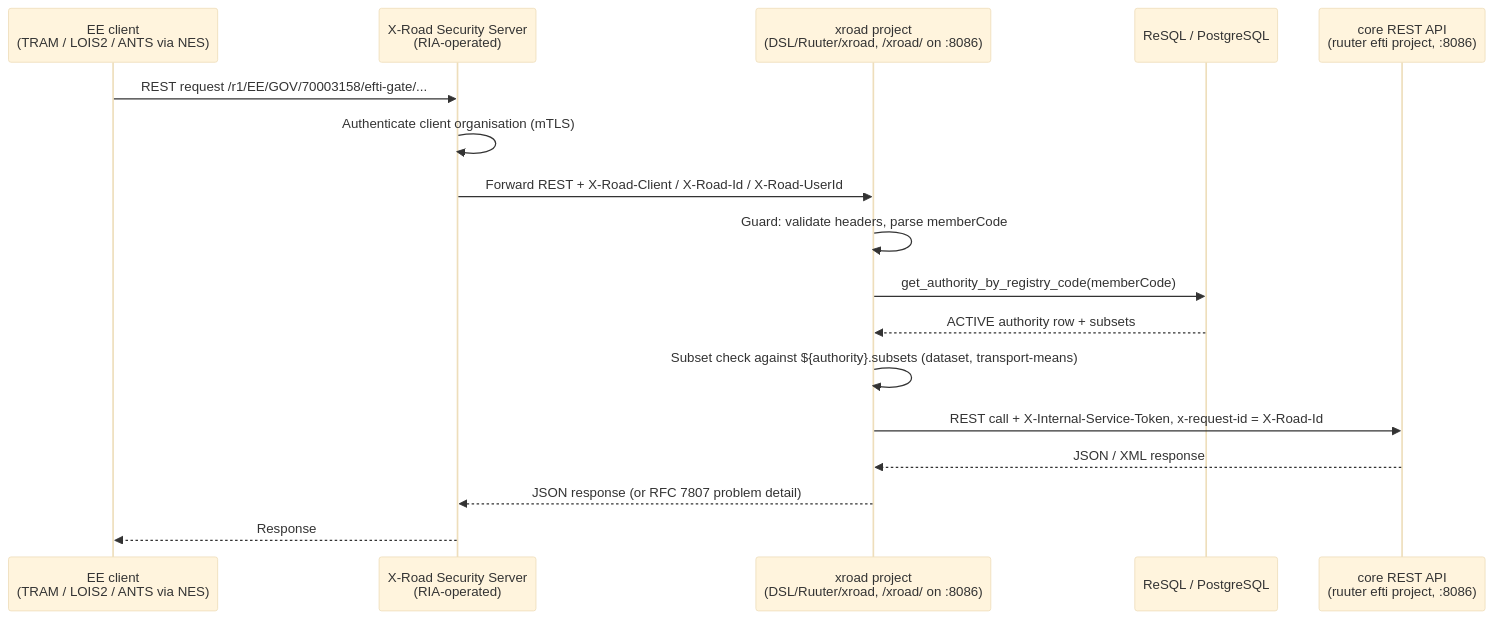
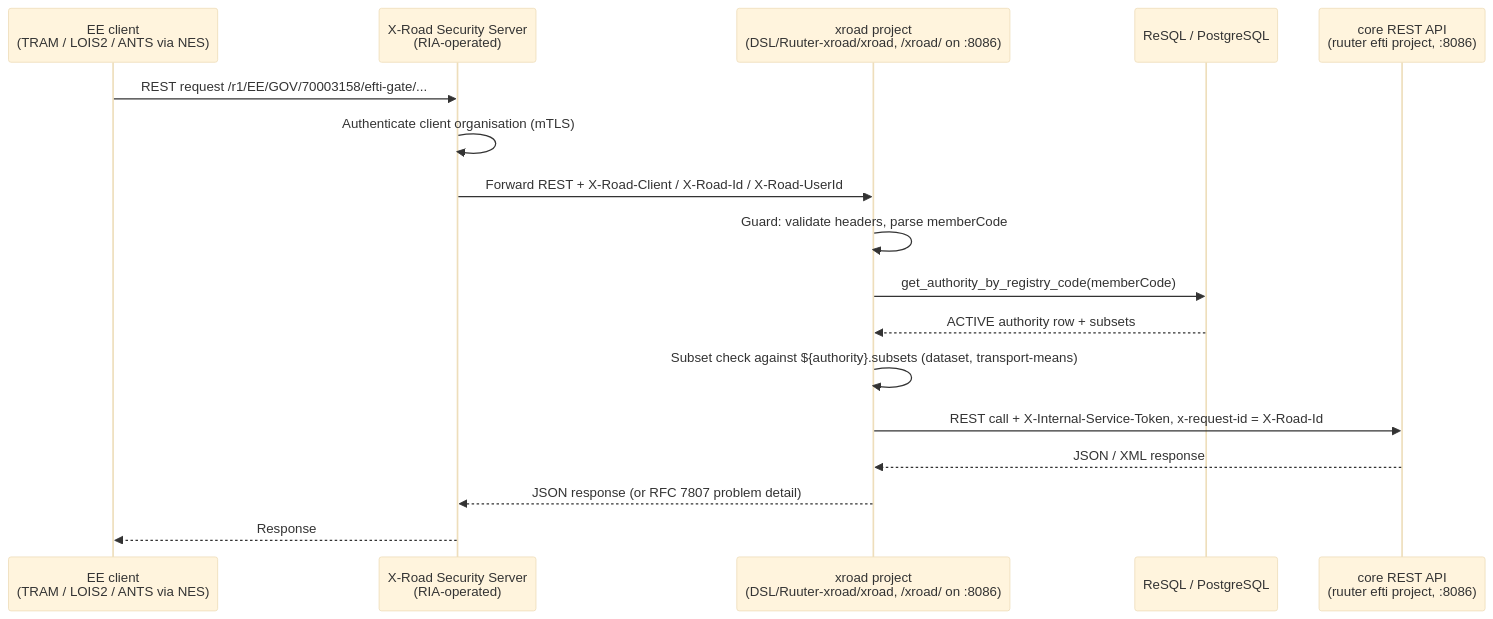
Before and after one commit to kemit-ee/efti-gate-ee: the diagram in docs/architecture/integrations/x_road_integration.md, drawn with Mermaid (base theme). The commit also changed other lines of this file and 45 other files, not shown here.

First line of the commit message:
refactor(xroad): move the X-Road adapter to its own Ruuter (ruuter-xroad, port 8087) and serve its OpenAPI description

````diff
--- a/docs/architecture/integrations/x_road_integration.md
+++ b/docs/architecture/integrations/x_road_integration.md
@@ -22,19 +27,19 @@
 ```mermaid
 sequenceDiagram
     participant Client as EE client<br/>(TRAM / LOIS2 / ANTS via NES)
     participant SS as X-Road Security Server<br/>(RIA-operated)
-    participant Adapter as xroad project<br/>(DSL/Ruuter/xroad, /xroad/ on :8086)
+    participant Adapter as xroad project<br/>(DSL/Ruuter-xroad/xroad, /xroad/ on :8086)
     participant Resql as ReSQL / PostgreSQL
     participant Core as core REST API<br/>(ruuter efti project, :8086)
     Client->>SS: REST request /r1/EE/GOV/70003158/efti-gate/...
     SS->>SS: Authenticate client organisation (mTLS)
     SS->>Adapter: Forward REST + X-Road-Client / X-Road-Id / X-Road-UserId
     Adapter->>Adapter: Guard: validate headers, parse memberCode
     Adapter->>Resql: get_authority_by_registry_code(memberCode)
     Resql-->>Adapter: ACTIVE authority row + subsets
     Adapter->>Adapter: Subset check against ${authority}.subsets (dataset, transport-means)
     Adapter->>Core: REST call + X-Internal-Service-Token, x-request-id = X-Road-Id
     Core-->>Adapter: JSON / XML response
     Adapter-->>SS: JSON response (or RFC 7807 problem detail)
     SS-->>Client: Response
 ```
````
